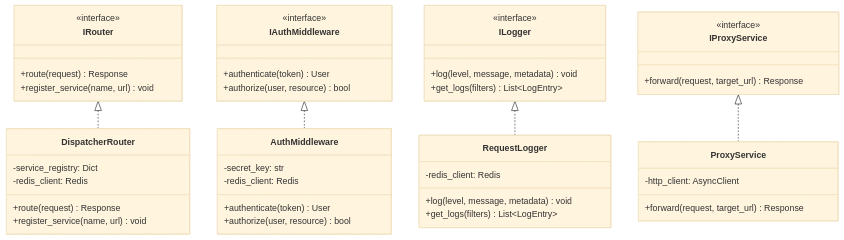
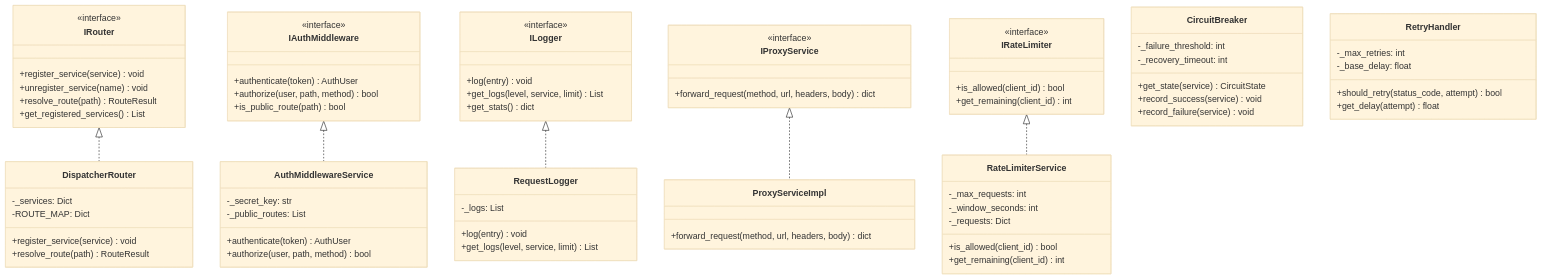
Before and after one commit to atakancetli/microservice-ecommerce-: the second of 4 diagrams in README.md, drawn with Mermaid (base theme). The commit also changed other lines of this file, not shown here.

First line of the commit message:
docs: add architecture section with Mermaid diagrams

````diff
--- a/README.md
+++ b/README.md
@@ -96,54 +98,87 @@
 classDiagram
     class IRouter {
         <<interface>>
-        +route(request) Response
-        +register_service(name, url) void
+        +register_service(service) void
+        +unregister_service(name) void
+        +resolve_route(path) RouteResult
+        +get_registered_services() List
     }
     
     class IAuthMiddleware {
         <<interface>>
-        +authenticate(token) User
-        +authorize(user, resource) bool
+        +authenticate(token) AuthUser
+        +authorize(user, path, method) bool
+        +is_public_route(path) bool
     }
     
     class ILogger {
         <<interface>>
-        +log(level, message, metadata) void
-        +get_logs(filters) List~LogEntry~
+        +log(entry) void
+        +get_logs(level, service, limit) List
+        +get_stats() dict
     }
     
     class IProxyService {
         <<interface>>
-        +forward(request, target_url) Response
+        +forward_request(method, url, headers, body) dict
+    }
+    
+    class IRateLimiter {
+        <<interface>>
+        +is_allowed(client_id) bool
+        +get_remaining(client_id) int
     }
     
     class DispatcherRouter {
-        -service_registry: Dict
-        -redis_client: Redis
-        +route(request) Response
-        +register_service(name, url) void
+        -_services: Dict
+        -ROUTE_MAP: Dict
+        +register_service(service) void
+        +resolve_route(path) RouteResult
     }
     
-    class AuthMiddleware {
-        -secret_key: str
-        -redis_client: Redis
-        +authenticate(token) User
-        +authorize(user, resource) bool
+    class AuthMiddlewareService {
+        -_secret_key: str
+        -_public_routes: List
+        +authenticate(token) AuthUser
+        +authorize(user, path, method) bool
     }
     
     class RequestLogger {
-        -redis_client: Redis
-        +log(level, message, metadata) void
-        +get_logs(filters) List~LogEntry~
+        -_logs: List
+        +log(entry) void
+        +get_logs(level, service, limit) List
     }
     
-    class ProxyService {
-        -http_client: AsyncClient
-        +forward(request, target_url) Response
+    class ProxyServiceImpl {
+        +forward_request(method, url, headers, body) dict
+    }
+    
+    class RateLimiterService {
+        -_max_requests: int
+        -_window_seconds: int
+        -_requests: Dict
+        +is_allowed(client_id) bool
+        +get_remaining(client_id) int
+    }
+    
+    class CircuitBreaker {
+        -_failure_threshold: int
+        -_recovery_timeout: int
+        +get_state(service) CircuitState
+        +record_success(service) void
+        +record_failure(service) void
+    }
+    
+    class RetryHandler {
+        -_max_retries: int
+        -_base_delay: float
+        +should_retry(status_code, attempt) bool
+        +get_delay(attempt) float
     }
     
     IRouter <|.. DispatcherRouter
-    IAuthMiddleware <|.. AuthMiddleware
+    IAuthMiddleware <|.. AuthMiddlewareService
     ILogger <|.. RequestLogger
-    IProxyService <|.. ProxyService
+    IProxyService <|.. ProxyServiceImpl
+    IRateLimiter <|.. RateLimiterService
 ```
````
